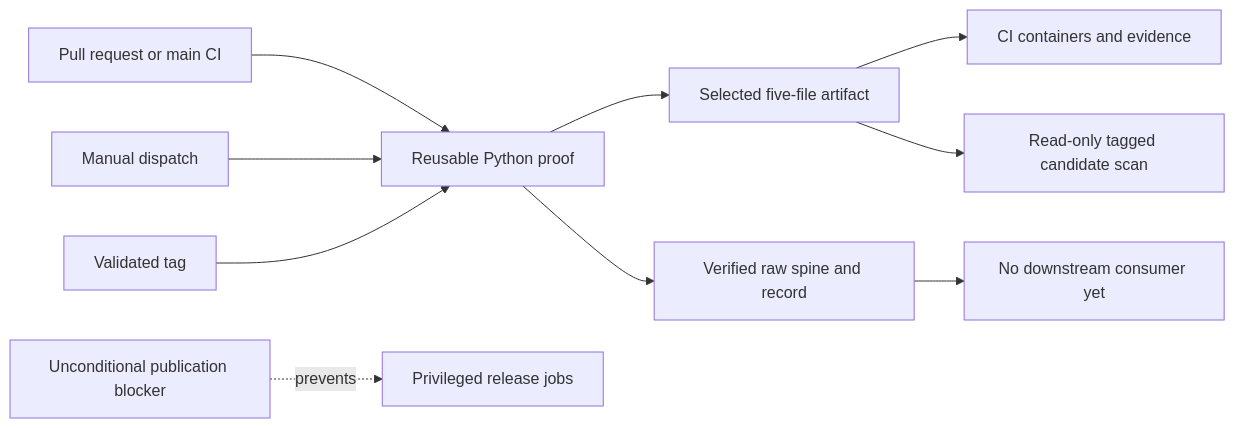
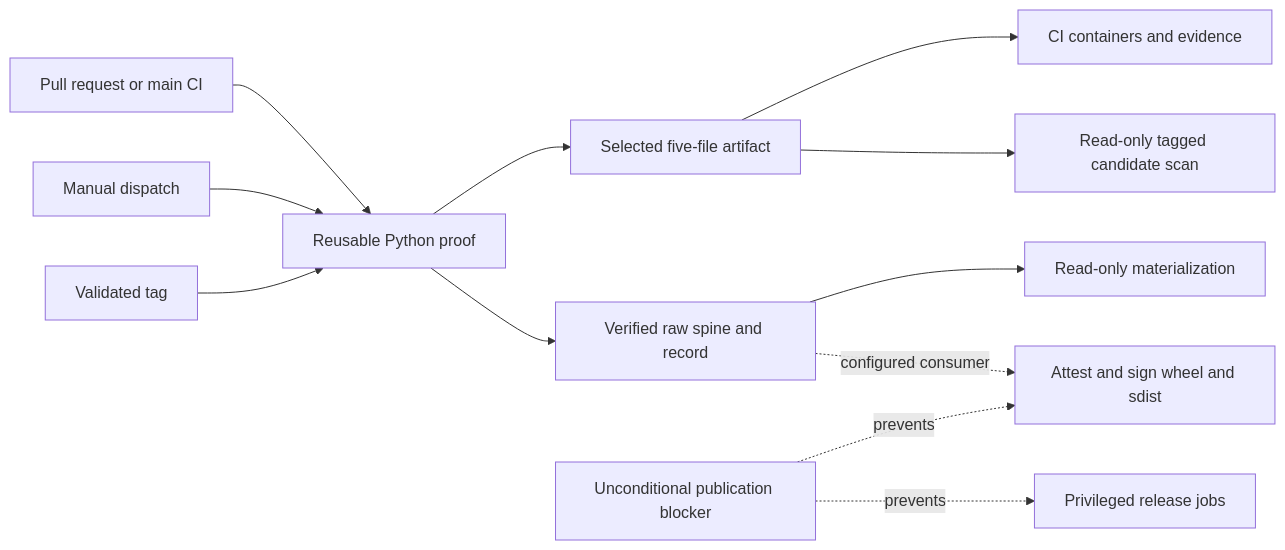
One commit to stampbot/extra-codeowners changed the third of 3 diagrams in docs/explanation/architecture.md. Above: the diagram before and after it, drawn with Mermaid. The commit also changed other lines of this file and 11 other files, not shown here.

Commit message:
security: atomically materialize Python spine (#65)

````diff
--- a/docs/explanation/architecture.md
+++ b/docs/explanation/architecture.md
@@ -412,12 +412,14 @@
 ```mermaid
 flowchart LR
     CI[Pull request or main CI] --> Proof[Reusable Python proof]
     Manual[Manual dispatch] --> Proof
     Tag[Validated tag] --> Proof
     Proof --> Selected[Selected five-file artifact]
     Proof --> Raw[Verified raw spine and record]
     Selected --> CIC[CI containers and evidence]
     Selected --> Scan[Read-only tagged candidate scan]
-    Raw --> Stop[No downstream consumer yet]
-    Gate[Unconditional publication blocker] -. prevents .-> Publish[Privileged release jobs]
+    Raw --> Materialize[Read-only materialization]
+    Raw -. configured consumer .-> Python[Attest and sign wheel and sdist]
+    Gate[Unconditional publication blocker] -. prevents .-> Python
+    Gate -. prevents .-> Publish[Privileged release jobs]
 ```
````
